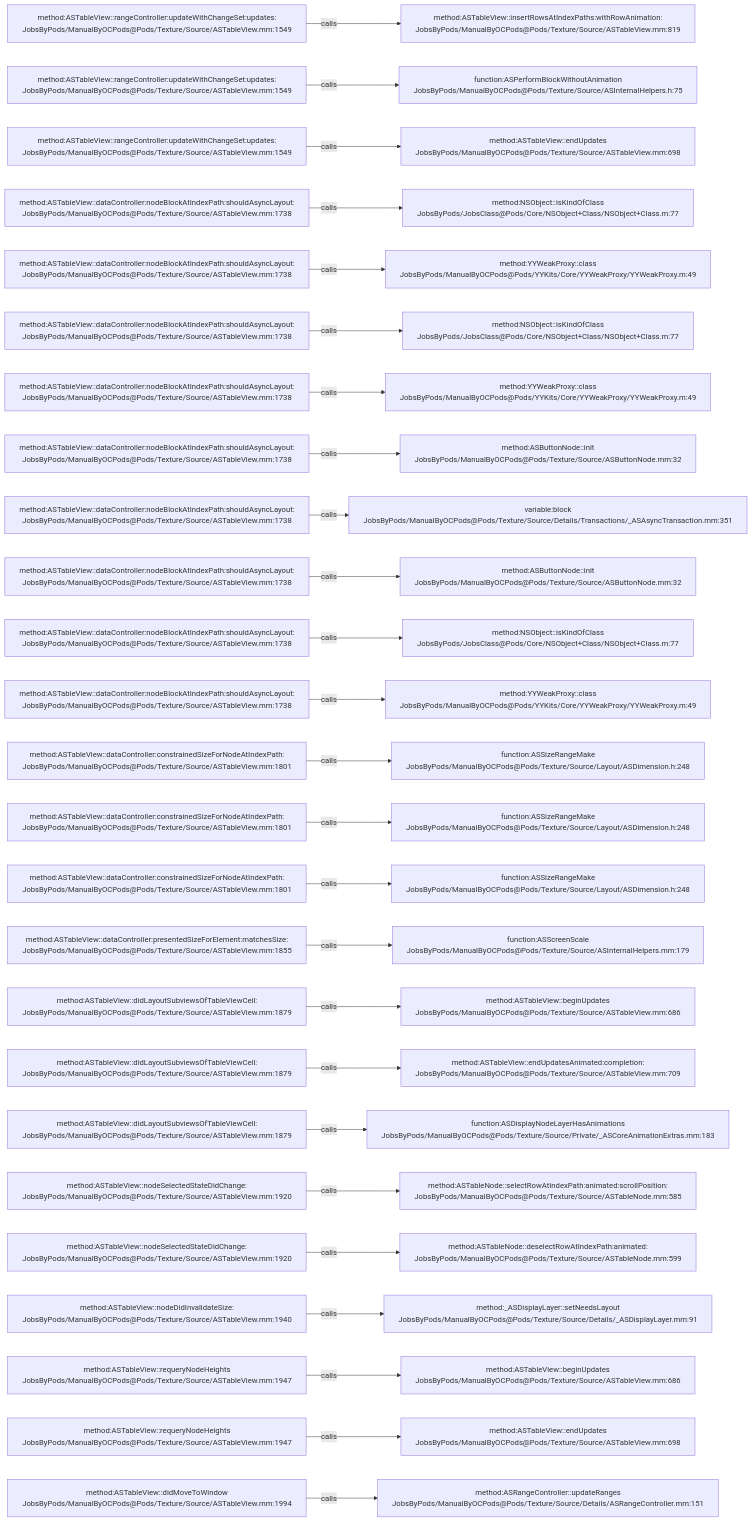
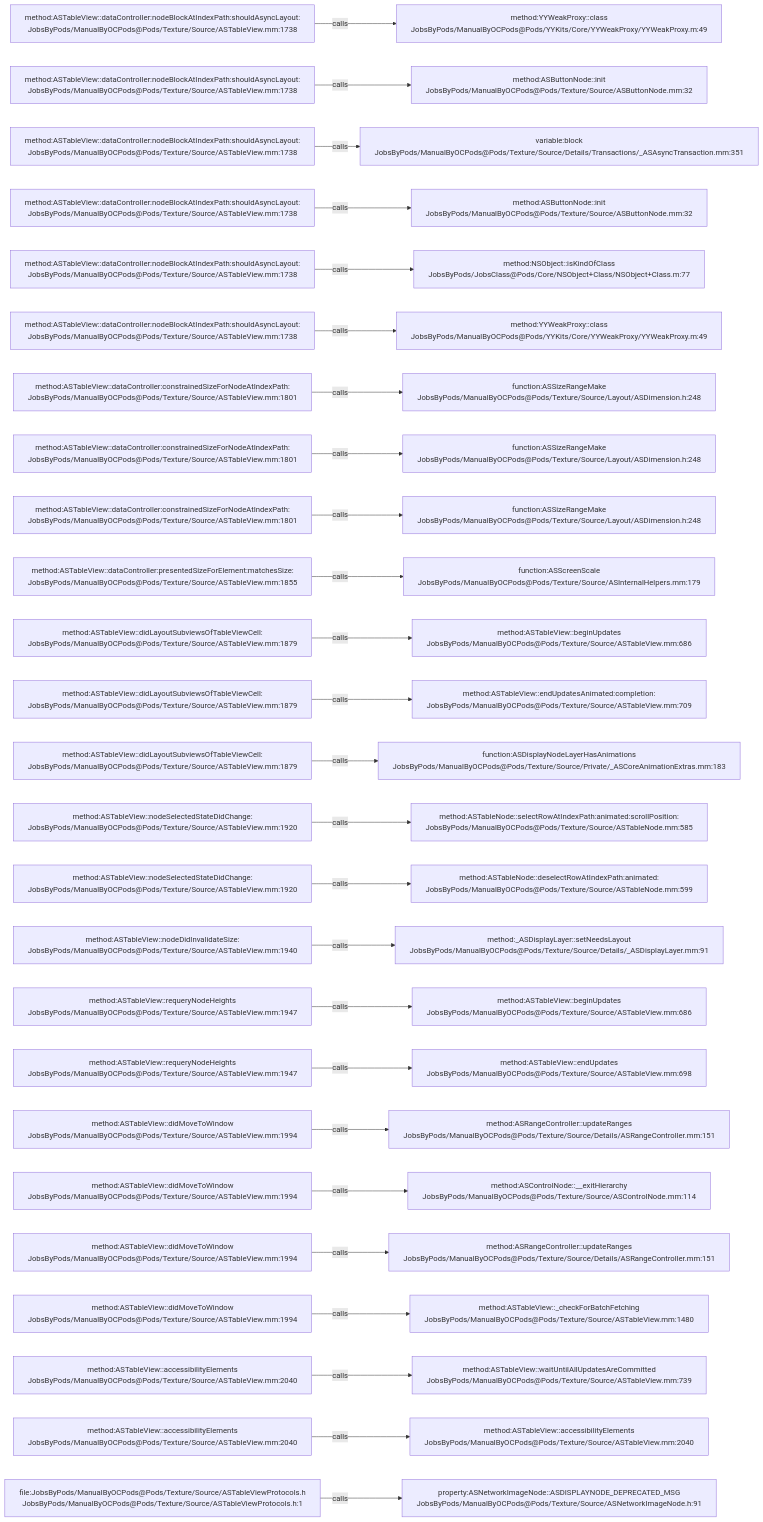
The diagram in .codegraph/codegraph.md/graphs/calls-123.md (JobsKits/JobsOCBaseConfigDemo), drawn with Mermaid before and after one commit. The commit also changed 666 other files, not shown here.

````diff
--- a/.codegraph/codegraph.md/graphs/calls-123.md
+++ b/.codegraph/codegraph.md/graphs/calls-123.md
@@ -13,78 +13,78 @@
 ```mermaid
 flowchart LR
-  S1["method:ASTableView::rangeController:updateWithChangeSet:updates:<br/>JobsByPods/ManualByOCPods@Pods/Texture/Source/ASTableView.mm:1549"]
-  T1["method:ASTableView::insertRowsAtIndexPaths:withRowAnimation:<br/>JobsByPods/ManualByOCPods@Pods/Texture/Source/ASTableView.mm:819"]
+  S1["method:ASTableView::dataController:nodeBlockAtIndexPath:shouldAsyncLayout:<br/>JobsByPods/ManualByOCPods@Pods/Texture/Source/ASTableView.mm:1738"]
+  T1["method:YYWeakProxy::class<br/>JobsByPods/ManualByOCPods@Pods/YYKits/Core/YYWeakProxy/YYWeakProxy.m:49"]
   S1 -->|calls| T1
-  S2["method:ASTableView::rangeController:updateWithChangeSet:updates:<br/>JobsByPods/ManualByOCPods@Pods/Texture/Source/ASTableView.mm:1549"]
-  T2["function:ASPerformBlockWithoutAnimation<br/>JobsByPods/ManualByOCPods@Pods/Texture/Source/ASInternalHelpers.h:75"]
+  S2["method:ASTableView::dataController:nodeBlockAtIndexPath:shouldAsyncLayout:<br/>JobsByPods/ManualByOCPods@Pods/Texture/Source/ASTableView.mm:1738"]
+  T2["method:ASButtonNode::init<br/>JobsByPods/ManualByOCPods@Pods/Texture/Source/ASButtonNode.mm:32"]
   S2 -->|calls| T2
-  S3["method:ASTableView::rangeController:updateWithChangeSet:updates:<br/>JobsByPods/ManualByOCPods@Pods/Texture/Source/ASTableView.mm:1549"]
-  T3["method:ASTableView::endUpdates<br/>JobsByPods/ManualByOCPods@Pods/Texture/Source/ASTableView.mm:698"]
+  S3["method:ASTableView::dataController:nodeBlockAtIndexPath:shouldAsyncLayout:<br/>JobsByPods/ManualByOCPods@Pods/Texture/Source/ASTableView.mm:1738"]
+  T3["variable:block<br/>JobsByPods/ManualByOCPods@Pods/Texture/Source/Details/Transactions/_ASAsyncTransaction.mm:351"]
   S3 -->|calls| T3
   S4["method:ASTableView::dataController:nodeBlockAtIndexPath:shouldAsyncLayout:<br/>JobsByPods/ManualByOCPods@Pods/Texture/Source/ASTableView.mm:1738"]
-  T4["method:NSObject::isKindOfClass<br/>JobsByPods/JobsClass@Pods/Core/NSObject+Class/NSObject+Class.m:77"]
+  T4["method:ASButtonNode::init<br/>JobsByPods/ManualByOCPods@Pods/Texture/Source/ASButtonNode.mm:32"]
   S4 -->|calls| T4
   S5["method:ASTableView::dataController:nodeBlockAtIndexPath:shouldAsyncLayout:<br/>JobsByPods/ManualByOCPods@Pods/Texture/Source/ASTableView.mm:1738"]
-  T5["method:YYWeakProxy::class<br/>JobsByPods/ManualByOCPods@Pods/YYKits/Core/YYWeakProxy/YYWeakProxy.m:49"]
+  T5["method:NSObject::isKindOfClass<br/>JobsByPods/JobsClass@Pods/Core/NSObject+Class/NSObject+Class.m:77"]
   S5 -->|calls| T5
   S6["method:ASTableView::dataController:nodeBlockAtIndexPath:shouldAsyncLayout:<br/>JobsByPods/ManualByOCPods@Pods/Texture/Source/ASTableView.mm:1738"]
-  T6["method:NSObject::isKindOfClass<br/>JobsByPods/JobsClass@Pods/Core/NSObject+Class/NSObject+Class.m:77"]
+  T6["method:YYWeakProxy::class<br/>JobsByPods/ManualByOCPods@Pods/YYKits/Core/YYWeakProxy/YYWeakProxy.m:49"]
   S6 -->|calls| T6
-  S7["method:ASTableView::dataController:nodeBlockAtIndexPath:shouldAsyncLayout:<br/>JobsByPods/ManualByOCPods@Pods/Texture/Source/ASTableView.mm:1738"]
-  T7["method:YYWeakProxy::class<br/>JobsByPods/ManualByOCPods@Pods/YYKits/Core/YYWeakProxy/YYWeakProxy.m:49"]
+  S7["method:ASTableView::dataController:constrainedSizeForNodeAtIndexPath:<br/>JobsByPods/ManualByOCPods@Pods/Texture/Source/ASTableView.mm:1801"]
+  T7["function:ASSizeRangeMake<br/>JobsByPods/ManualByOCPods@Pods/Texture/Source/Layout/ASDimension.h:248"]
   S7 -->|calls| T7
-  S8["method:ASTableView::dataController:nodeBlockAtIndexPath:shouldAsyncLayout:<br/>JobsByPods/ManualByOCPods@Pods/Texture/Source/ASTableView.mm:1738"]
-  T8["method:ASButtonNode::init<br/>JobsByPods/ManualByOCPods@Pods/Texture/Source/ASButtonNode.mm:32"]
+  S8["method:ASTableView::dataController:constrainedSizeForNodeAtIndexPath:<br/>JobsByPods/ManualByOCPods@Pods/Texture/Source/ASTableView.mm:1801"]
+  T8["function:ASSizeRangeMake<br/>JobsByPods/ManualByOCPods@Pods/Texture/Source/Layout/ASDimension.h:248"]
   S8 -->|calls| T8
-  S9["method:ASTableView::dataController:nodeBlockAtIndexPath:shouldAsyncLayout:<br/>JobsByPods/ManualByOCPods@Pods/Texture/Source/ASTableView.mm:1738"]
-  T9["variable:block<br/>JobsByPods/ManualByOCPods@Pods/Texture/Source/Details/Transactions/_ASAsyncTransaction.mm:351"]
+  S9["method:ASTableView::dataController:constrainedSizeForNodeAtIndexPath:<br/>JobsByPods/ManualByOCPods@Pods/Texture/Source/ASTableView.mm:1801"]
+  T9["function:ASSizeRangeMake<br/>JobsByPods/ManualByOCPods@Pods/Texture/Source/Layout/ASDimension.h:248"]
   S9 -->|calls| T9
-  S10["method:ASTableView::dataController:nodeBlockAtIndexPath:shouldAsyncLayout:<br/>JobsByPods/ManualByOCPods@Pods/Texture/Source/ASTableView.mm:1738"]
-  T10["method:ASButtonNode::init<br/>JobsByPods/ManualByOCPods@Pods/Texture/Source/ASButtonNode.mm:32"]
+  S10["method:ASTableView::dataController:presentedSizeForElement:matchesSize:<br/>JobsByPods/ManualByOCPods@Pods/Texture/Source/ASTableView.mm:1855"]
+  T10["function:ASScreenScale<br/>JobsByPods/ManualByOCPods@Pods/Texture/Source/ASInternalHelpers.mm:179"]
   S10 -->|calls| T10
-  S11["method:ASTableView::dataController:nodeBlockAtIndexPath:shouldAsyncLayout:<br/>JobsByPods/ManualByOCPods@Pods/Texture/Source/ASTableView.mm:1738"]
-  T11["method:NSObject::isKindOfClass<br/>JobsByPods/JobsClass@Pods/Core/NSObject+Class/NSObject+Class.m:77"]
+  S11["method:ASTableView::didLayoutSubviewsOfTableViewCell:<br/>JobsByPods/ManualByOCPods@Pods/Texture/Source/ASTableView.mm:1879"]
+  T11["method:ASTableView::beginUpdates<br/>JobsByPods/ManualByOCPods@Pods/Texture/Source/ASTableView.mm:686"]
   S11 -->|calls| T11
-  S12["method:ASTableView::dataController:nodeBlockAtIndexPath:shouldAsyncLayout:<br/>JobsByPods/ManualByOCPods@Pods/Texture/Source/ASTableView.mm:1738"]
-  T12["method:YYWeakProxy::class<br/>JobsByPods/ManualByOCPods@Pods/YYKits/Core/YYWeakProxy/YYWeakProxy.m:49"]
+  S12["method:ASTableView::didLayoutSubviewsOfTableViewCell:<br/>JobsByPods/ManualByOCPods@Pods/Texture/Source/ASTableView.mm:1879"]
+  T12["method:ASTableView::endUpdatesAnimated:completion:<br/>JobsByPods/ManualByOCPods@Pods/Texture/Source/ASTableView.mm:709"]
   S12 -->|calls| T12
-  S13["method:ASTableView::dataController:constrainedSizeForNodeAtIndexPath:<br/>JobsByPods/ManualByOCPods@Pods/Texture/Source/ASTableView.mm:1801"]
-  T13["function:ASSizeRangeMake<br/>JobsByPods/ManualByOCPods@Pods/Texture/Source/Layout/ASDimension.h:248"]
+  S13["method:ASTableView::didLayoutSubviewsOfTableViewCell:<br/>JobsByPods/ManualByOCPods@Pods/Texture/Source/ASTableView.mm:1879"]
+  T13["function:ASDisplayNodeLayerHasAnimations<br/>JobsByPods/ManualByOCPods@Pods/Texture/Source/Private/_ASCoreAnimationExtras.mm:183"]
   S13 -->|calls| T13
-  S14["method:ASTableView::dataController:constrainedSizeForNodeAtIndexPath:<br/>JobsByPods/ManualByOCPods@Pods/Texture/Source/ASTableView.mm:1801"]
-  T14["function:ASSizeRangeMake<br/>JobsByPods/ManualByOCPods@Pods/Texture/Source/Layout/ASDimension.h:248"]
+  S14["method:ASTableView::nodeSelectedStateDidChange:<br/>JobsByPods/ManualByOCPods@Pods/Texture/Source/ASTableView.mm:1920"]
+  T14["method:ASTableNode::selectRowAtIndexPath:animated:scrollPosition:<br/>JobsByPods/ManualByOCPods@Pods/Texture/Source/ASTableNode.mm:585"]
   S14 -->|calls| T14
-  S15["method:ASTableView::dataController:constrainedSizeForNodeAtIndexPath:<br/>JobsByPods/ManualByOCPods@Pods/Texture/Source/ASTableView.mm:1801"]
-  T15["function:ASSizeRangeMake<br/>JobsByPods/ManualByOCPods@Pods/Texture/Source/Layout/ASDimension.h:248"]
+  S15["method:ASTableView::nodeSelectedStateDidChange:<br/>JobsByPods/ManualByOCPods@Pods/Texture/Source/ASTableView.mm:1920"]
+  T15["method:ASTableNode::deselectRowAtIndexPath:animated:<br/>JobsByPods/ManualByOCPods@Pods/Texture/Source/ASTableNode.mm:599"]
   S15 -->|calls| T15
-  S16["method:ASTableView::dataController:presentedSizeForElement:matchesSize:<br/>JobsByPods/ManualByOCPods@Pods/Texture/Source/ASTableView.mm:1855"]
-  T16["function:ASScreenScale<br/>JobsByPods/ManualByOCPods@Pods/Texture/Source/ASInternalHelpers.mm:179"]
+  S16["method:ASTableView::nodeDidInvalidateSize:<br/>JobsByPods/ManualByOCPods@Pods/Texture/Source/ASTableView.mm:1940"]
+  T16["method:_ASDisplayLayer::setNeedsLayout<br/>JobsByPods/ManualByOCPods@Pods/Texture/Source/Details/_ASDisplayLayer.mm:91"]
   S16 -->|calls| T16
-  S17["method:ASTableView::didLayoutSubviewsOfTableViewCell:<br/>JobsByPods/ManualByOCPods@Pods/Texture/Source/ASTableView.mm:1879"]
+  S17["method:ASTableView::requeryNodeHeights<br/>JobsByPods/ManualByOCPods@Pods/Texture/Source/ASTableView.mm:1947"]
   T17["method:ASTableView::beginUpdates<br/>JobsByPods/ManualByOCPods@Pods/Texture/Source/ASTableView.mm:686"]
   S17 -->|calls| T17
-  S18["method:ASTableView::didLayoutSubviewsOfTableViewCell:<br/>JobsByPods/ManualByOCPods@Pods/Texture/Source/ASTableView.mm:1879"]
-  T18["method:ASTableView::endUpdatesAnimated:completion:<br/>JobsByPods/ManualByOCPods@Pods/Texture/Source/ASTableView.mm:709"]
+  S18["method:ASTableView::requeryNodeHeights<br/>JobsByPods/ManualByOCPods@Pods/Texture/Source/ASTableView.mm:1947"]
+  T18["method:ASTableView::endUpdates<br/>JobsByPods/ManualByOCPods@Pods/Texture/Source/ASTableView.mm:698"]
   S18 -->|calls| T18
-  S19["method:ASTableView::didLayoutSubviewsOfTableViewCell:<br/>JobsByPods/ManualByOCPods@Pods/Texture/Source/ASTableView.mm:1879"]
-  T19["function:ASDisplayNodeLayerHasAnimations<br/>JobsByPods/ManualByOCPods@Pods/Texture/Source/Private/_ASCoreAnimationExtras.mm:183"]
+  S19["method:ASTableView::didMoveToWindow<br/>JobsByPods/ManualByOCPods@Pods/Texture/Source/ASTableView.mm:1994"]
+  T19["method:ASRangeController::updateRanges<br/>JobsByPods/ManualByOCPods@Pods/Texture/Source/Details/ASRangeController.mm:151"]
   S19 -->|calls| T19
-  S20["method:ASTableView::nodeSelectedStateDidChange:<br/>JobsByPods/ManualByOCPods@Pods/Texture/Source/ASTableView.mm:1920"]
-  T20["method:ASTableNode::selectRowAtIndexPath:animated:scrollPosition:<br/>JobsByPods/ManualByOCPods@Pods/Texture/Source/ASTableNode.mm:585"]
+  S20["method:ASTableView::didMoveToWindow<br/>JobsByPods/ManualByOCPods@Pods/Texture/Source/ASTableView.mm:1994"]
+  T20["method:ASControlNode::__exitHierarchy<br/>JobsByPods/ManualByOCPods@Pods/Texture/Source/ASControlNode.mm:114"]
   S20 -->|calls| T20
-  S21["method:ASTableView::nodeSelectedStateDidChange:<br/>JobsByPods/ManualByOCPods@Pods/Texture/Source/ASTableView.mm:1920"]
-  T21["method:ASTableNode::deselectRowAtIndexPath:animated:<br/>JobsByPods/ManualByOCPods@Pods/Texture/Source/ASTableNode.mm:599"]
+  S21["method:ASTableView::didMoveToWindow<br/>JobsByPods/ManualByOCPods@Pods/Texture/Source/ASTableView.mm:1994"]
+  T21["method:ASRangeController::updateRanges<br/>JobsByPods/ManualByOCPods@Pods/Texture/Source/Details/ASRangeController.mm:151"]
   S21 -->|calls| T21
-  S22["method:ASTableView::nodeDidInvalidateSize:<br/>JobsByPods/ManualByOCPods@Pods/Texture/Source/ASTableView.mm:1940"]
-  T22["method:_ASDisplayLayer::setNeedsLayout<br/>JobsByPods/ManualByOCPods@Pods/Texture/Source/Details/_ASDisplayLayer.mm:91"]
+  S22["method:ASTableView::didMoveToWindow<br/>JobsByPods/ManualByOCPods@Pods/Texture/Source/ASTableView.mm:1994"]
+  T22["method:ASTableView::_checkForBatchFetching<br/>JobsByPods/ManualByOCPods@Pods/Texture/Source/ASTableView.mm:1480"]
   S22 -->|calls| T22
-  S23["method:ASTableView::requeryNodeHeights<br/>JobsByPods/ManualByOCPods@Pods/Texture/Source/ASTableView.mm:1947"]
-  T23["method:ASTableView::beginUpdates<br/>JobsByPods/ManualByOCPods@Pods/Texture/Source/ASTableView.mm:686"]
+  S23["method:ASTableView::accessibilityElements<br/>JobsByPods/ManualByOCPods@Pods/Texture/Source/ASTableView.mm:2040"]
+  T23["method:ASTableView::waitUntilAllUpdatesAreCommitted<br/>JobsByPods/ManualByOCPods@Pods/Texture/Source/ASTableView.mm:739"]
   S23 -->|calls| T23
-  S24["method:ASTableView::requeryNodeHeights<br/>JobsByPods/ManualByOCPods@Pods/Texture/Source/ASTableView.mm:1947"]
-  T24["method:ASTableView::endUpdates<br/>JobsByPods/ManualByOCPods@Pods/Texture/Source/ASTableView.mm:698"]
+  S24["method:ASTableView::accessibilityElements<br/>JobsByPods/ManualByOCPods@Pods/Texture/Source/ASTableView.mm:2040"]
+  T24["method:ASTableView::accessibilityElements<br/>JobsByPods/ManualByOCPods@Pods/Texture/Source/ASTableView.mm:2040"]
   S24 -->|calls| T24
-  S25["method:ASTableView::didMoveToWindow<br/>JobsByPods/ManualByOCPods@Pods/Texture/Source/ASTableView.mm:1994"]
-  T25["method:ASRangeController::updateRanges<br/>JobsByPods/ManualByOCPods@Pods/Texture/Source/Details/ASRangeController.mm:151"]
+  S25["file:JobsByPods/ManualByOCPods@Pods/Texture/Source/ASTableViewProtocols.h<br/>JobsByPods/ManualByOCPods@Pods/Texture/Source/ASTableViewProtocols.h:1"]
+  T25["property:ASNetworkImageNode::ASDISPLAYNODE_DEPRECATED_MSG<br/>JobsByPods/ManualByOCPods@Pods/Texture/Source/ASNetworkImageNode.h:91"]
   S25 -->|calls| T25
 ```
````
